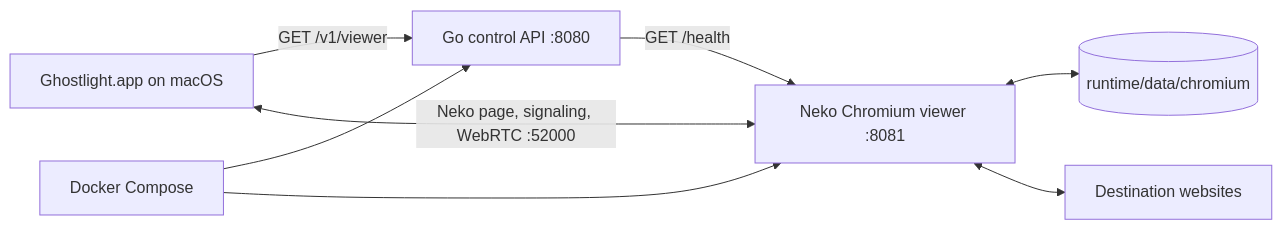
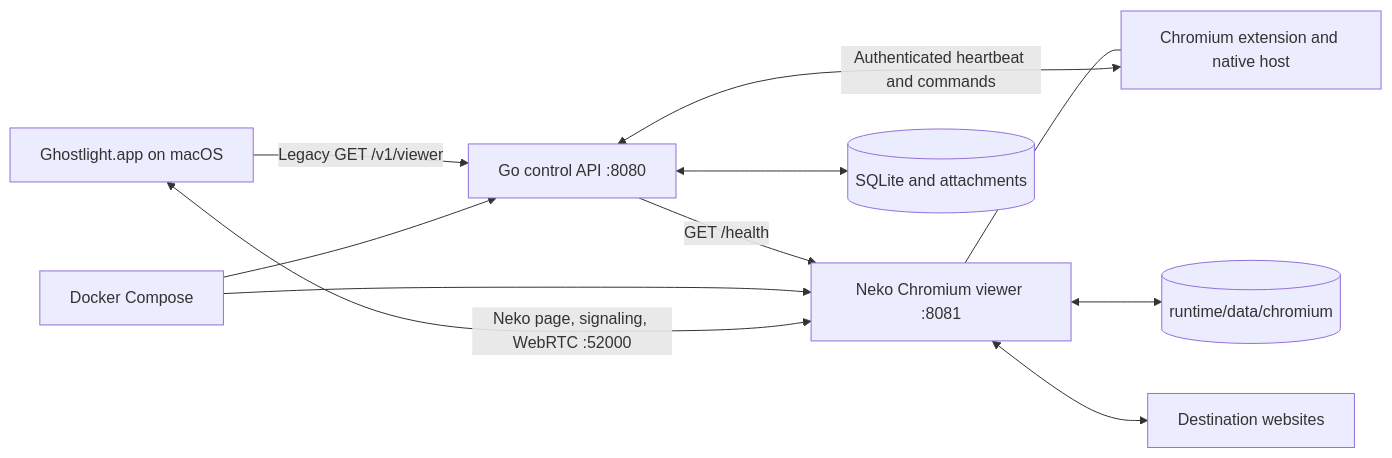
The diagram in docs/architecture.md (evalops/ghostlight), drawn with Mermaid before and after one commit. The commit also changed other lines of this file and 41 other files, not shown here.

````diff
--- a/docs/architecture.md
+++ b/docs/architecture.md
@@ -7,17 +7,22 @@
 ```mermaid
 flowchart LR
     app["Ghostlight.app on macOS"]
     control["Go control API :8080"]
     compose["Docker Compose"]
     viewer["Neko Chromium viewer :8081"]
+    agent["Chromium extension and native host"]
+    state[("SQLite and attachments")]
     profile[("runtime/data/chromium")]
     web["Destination websites"]
 
-    app -->|"GET /v1/viewer"| control
+    app -->|"Legacy GET /v1/viewer"| control
     control -->|"GET /health"| viewer
+    agent <-->|"Authenticated heartbeat and commands"| control
     compose --> control
     compose --> viewer
+    control <--> state
+    viewer --- agent
     app <-->|"Neko page, signaling, WebRTC :52000"| viewer
     viewer <--> profile
     viewer <--> web
 ```
````
